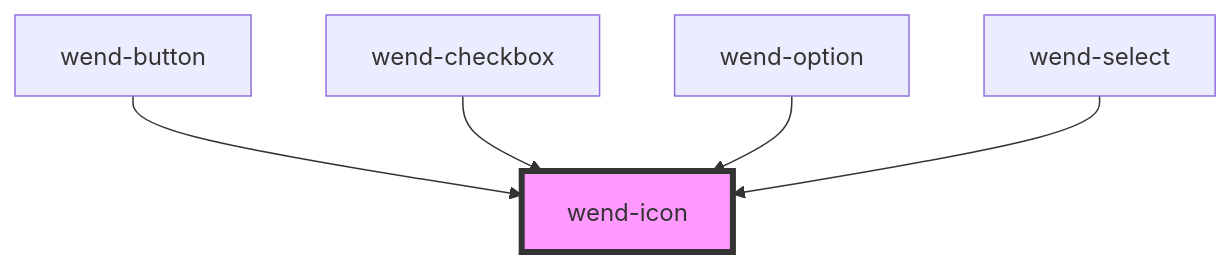
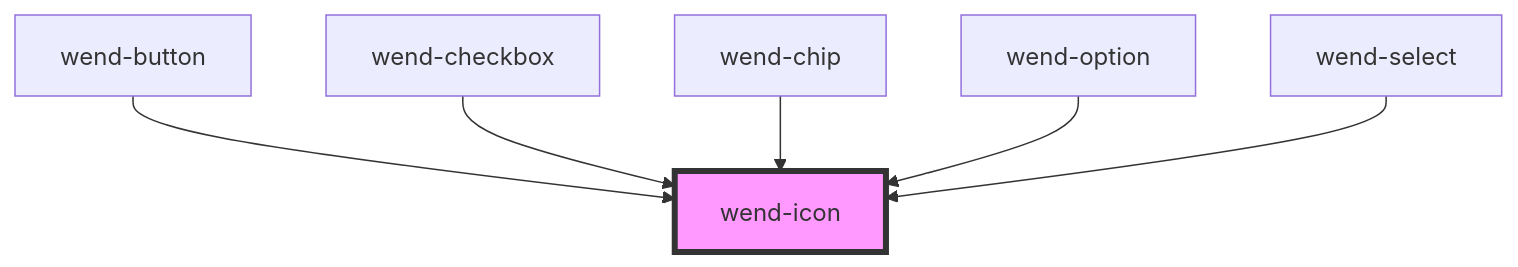
The diagram in packages/web-components/src/components/wend-icon/readme.md (DevaStudios/wend-ui), drawn with Mermaid before and after one commit. The commit also changed other lines of this file and 24 other files, not shown here.

````diff
--- a/packages/web-components/src/components/wend-icon/readme.md
+++ b/packages/web-components/src/components/wend-icon/readme.md
@@ -27,8 +28,9 @@
 ```mermaid
 graph TD;
   wend-button --> wend-icon
   wend-checkbox --> wend-icon
+  wend-chip --> wend-icon
   wend-option --> wend-icon
   wend-select --> wend-icon
   style wend-icon fill:#f9f,stroke:#333,stroke-width:4px
 ```
````
